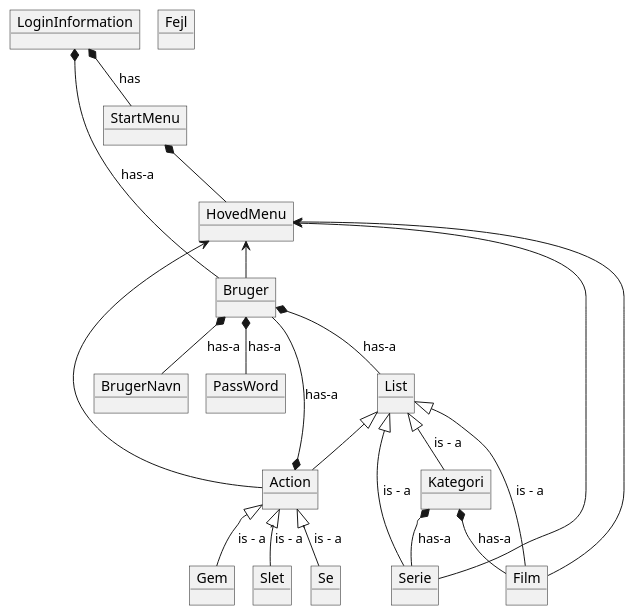
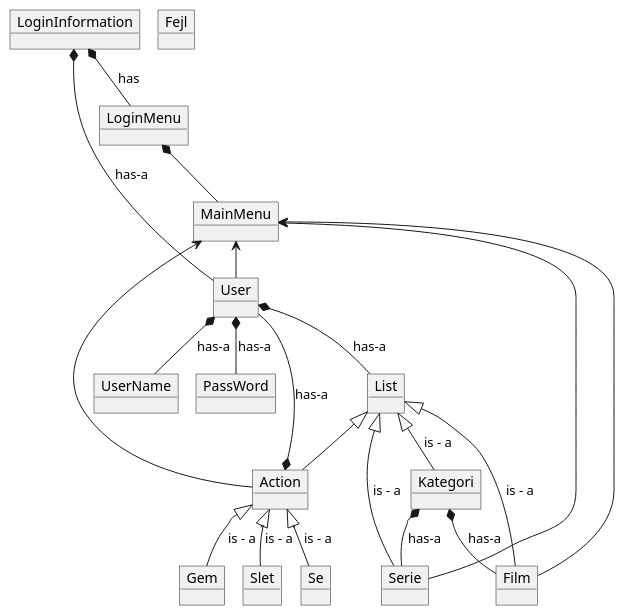
One commit to ABrondbjerg/Streaming-SP3 changed the diagram in doc/DomæneDiagram.puml. Above: the diagram before and after it, drawn with PlantUML. The commit also changed 1 other file, not shown here.

```diff
--- a/doc/DomæneDiagram.puml
+++ b/doc/DomæneDiagram.puml
@@ -1,47 +1,47 @@
 @startuml
 'https://plantuml.com/class-diagram
 !pragma layout smetana
 
 
-object Bruger
-object StartMenu
-object HovedMenu
+object User
+object LoginMenu
+object MainMenu
 object Film
 object Serie
 object Kategori
 object List
 object Fejl
-object BrugerNavn
+object UserName
 object PassWord
 object LoginInformation
 object Action
 object Se
 object Gem
 object Slet
 
-HovedMenu <-- Bruger
-HovedMenu <-- Film
-HovedMenu <-- Serie
-HovedMenu <-- Action
-LoginInformation *-- Bruger: has-a
-Bruger *-- List: has-a
-Bruger *-- BrugerNavn: has-a
-Bruger *-- PassWord: has-a
-Action *-- Bruger: has-a
+MainMenu <-- User
+MainMenu <-- Film
+MainMenu <-- Serie
+MainMenu <-- Action
+LoginInformation *-- User: has-a
+User *-- List: has-a
+User *-- UserName: has-a
+User *-- PassWord: has-a
+Action *-- User: has-a
 'Kategori *-- HovedMenu: has-a
-StartMenu *-- HovedMenu
-LoginInformation *-- StartMenu: has
+LoginMenu *-- MainMenu
+LoginInformation *-- LoginMenu: has
 
 List <|-- Kategori : is - a
 List <|-- Film: is - a
 List <|-- Serie: is - a
 Kategori *-- Film: has-a
 Kategori *-- Serie: has-a
 
 'Action'
 List <|-- Action
 Action <|-- Se : is - a
 Action <|-- Gem : is - a
 Action <|-- Slet : is - a
 
 @enduml
```
